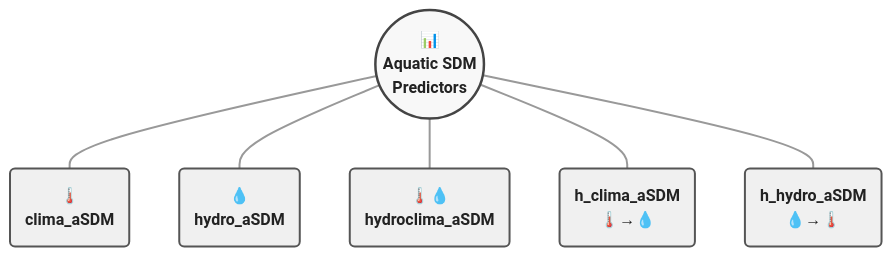
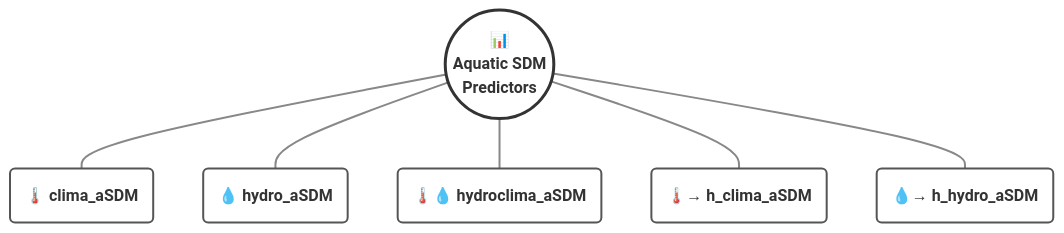
Before and after one commit to Vagenas7119/aSDMs: the diagram in README.md, drawn with Mermaid. The commit also changed other lines of this file, not shown here.

````diff
--- a/README.md
+++ b/README.md
@@ -92,28 +90,25 @@
 ```mermaid
-%%{init: {'theme': 'base', 'themeVariables': { 
-    'fontFamily': 'Arial',
-    'primaryColor': '#f5f5f5',
-    'primaryBorderColor': '#666',
-    'primaryTextColor': '#222',
-    'nodeTextMargin': 8
-}, 'config': {'fontSize': 13}}}%%
 flowchart TD
     A(("<b>📊<br/>Aquatic SDM<br/>Predictors</b>")):::centerNode
-    B("<b>🌡️<br/>clima_aSDM</b>"):::outerNode
-    C("<b>💧<br/>hydro_aSDM</b>"):::outerNode 
-    D("<b>🌡️💧<br/>hydroclima_aSDM</b>"):::outerNode
-    E("<b>h_clima_aSDM<br/>🌡️→💧</b>"):::outerNode
-    F("<b>h_hydro_aSDM<br/>💧→🌡️</b>"):::outerNode
+    B("<b>🌡️ clima_aSDM</b>"):::outerNode
+    C("<b>💧 hydro_aSDM</b>"):::outerNode 
+    D("<b>🌡️💧 hydroclima_aSDM</b>"):::outerNode
+    E("<b>🌡️→ h_clima_aSDM</b>"):::outerNode
+    F("<b>💧→ h_hydro_aSDM</b>"):::outerNode
 
     A --- B
     A --- C
     A --- D
     A --- E
     A --- F
 
-    classDef centerNode stroke:#444,stroke-width:2.5px,fill:#f8f8f8
-    classDef outerNode stroke:#555,stroke-width:2px,fill:#f0f0f0
+    classDef centerNode stroke:#333,stroke-width:3px,fill:none,text-align:center
+    classDef outerNode stroke:#555,stroke-width:2px,fill:none,text-align:center
     
-    %% Radial layout adjustments
-    linkStyle 0,1,2,3,4 stroke:#999,stroke-width:2px
+    %% Radial layout forces
+    linkStyle 0 stroke:#888,stroke-width:2px
+    linkStyle 1 stroke:#888,stroke-width:2px
+    linkStyle 2 stroke:#888,stroke-width:2px
+    linkStyle 3 stroke:#888,stroke-width:2px
+    linkStyle 4 stroke:#888,stroke-width:2px
 ```
````
